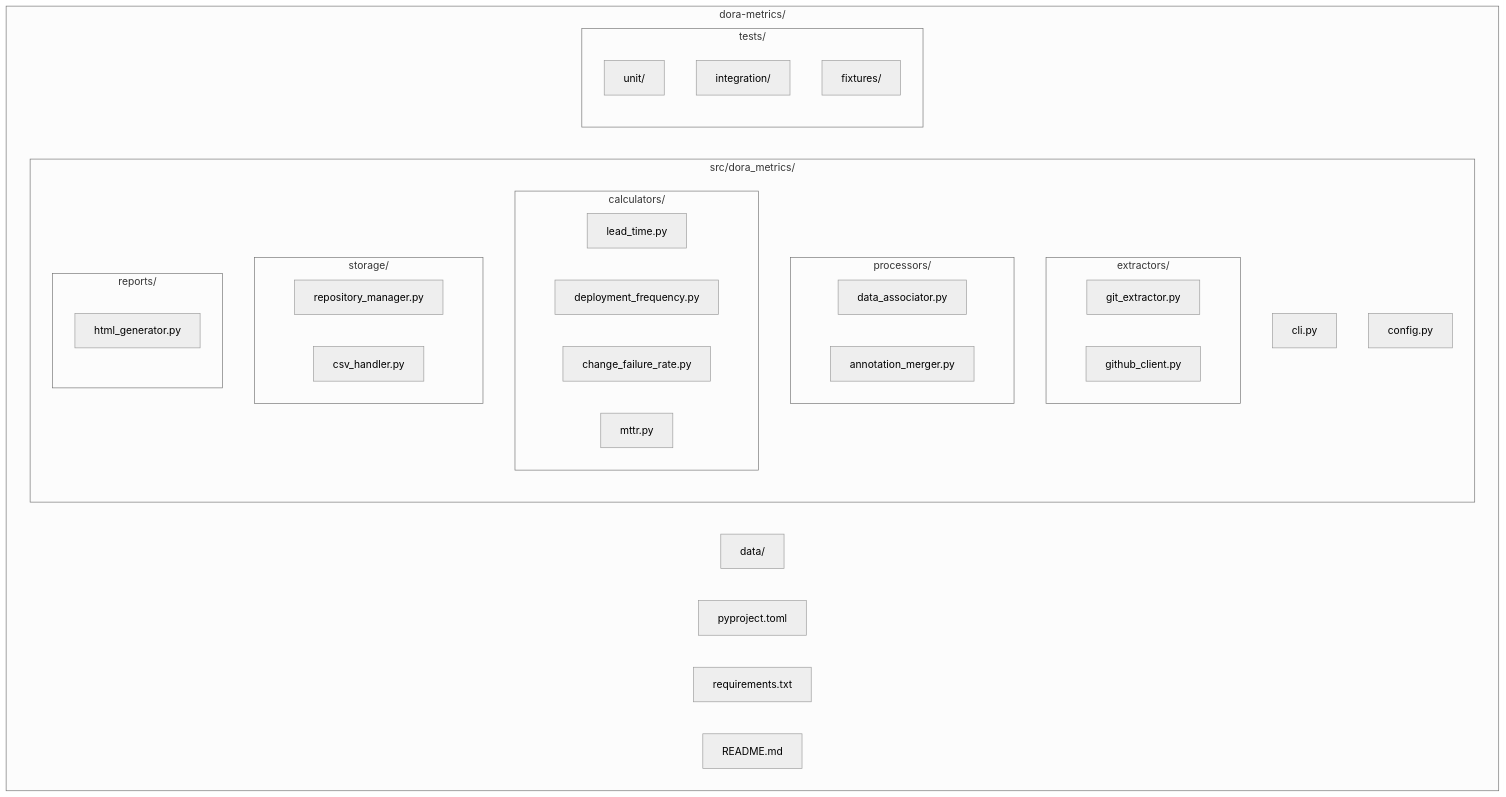
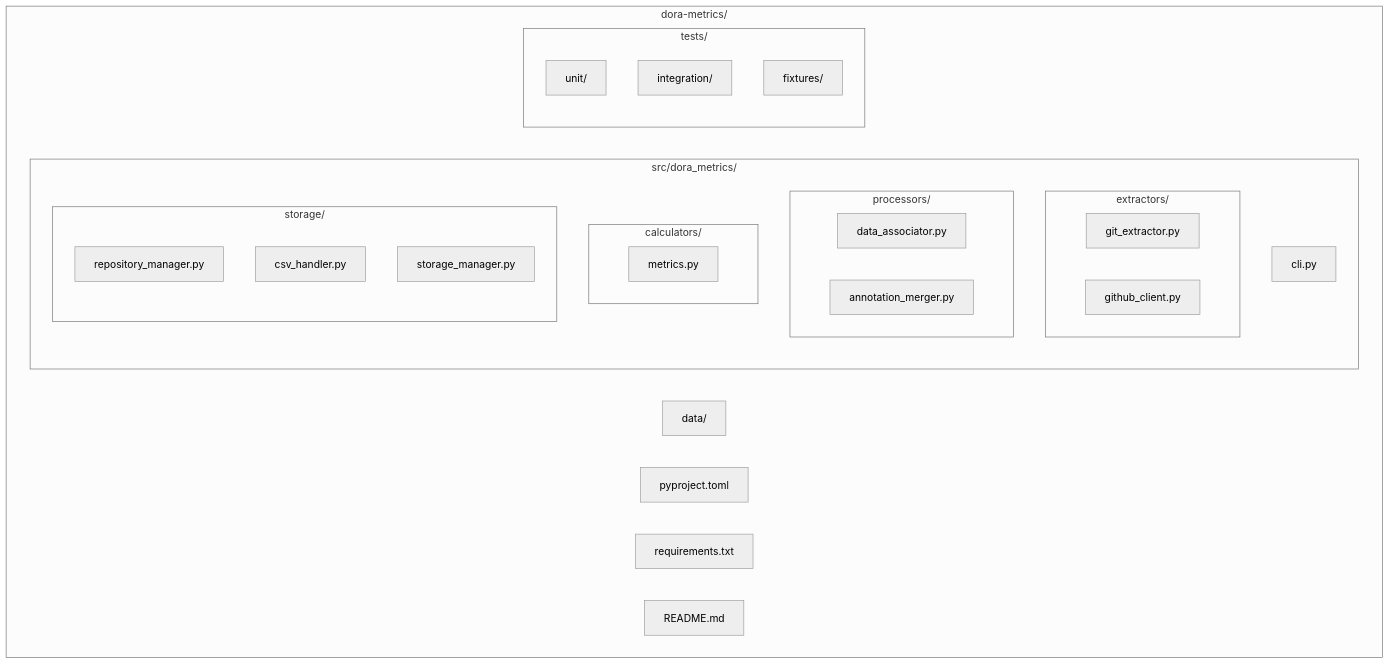
The fourth of 8 diagrams in ARCHITECTURE.md (ephess/dora-metrics-calculator), drawn with Mermaid (neutral theme) before and after one commit. The commit also changed other lines of this file, not shown here.

First line of the commit message:
Update architecture: GraphQL API, simplifications, and S3 storage support

````diff
--- a/ARCHITECTURE.md
+++ b/ARCHITECTURE.md
@@ -222,46 +253,40 @@
 ```mermaid
 graph TD
     subgraph "dora-metrics/"
         subgraph "src/dora_metrics/"
             CLI[cli.py]
-            CFG[config.py]
             
             subgraph "extractors/"
                 GIT[git_extractor.py]
                 GHC[github_client.py]
             end
             
             subgraph "processors/"
                 DAS[data_associator.py]
                 ANN[annotation_merger.py]
             end
             
             subgraph "calculators/"
-                LT[lead_time.py]
-                DF[deployment_frequency.py]
-                CFR[change_failure_rate.py]
-                MTTR[mttr.py]
+                CALC[metrics.py]
             end
             
             subgraph "storage/"
                 REP[repository_manager.py]
                 CSV[csv_handler.py]
+                SM[storage_manager.py]
             end
             
-            subgraph "reports/"
-                HTML[html_generator.py]
-            end
         end
         
         subgraph "tests/"
             UT[unit/]
             IT[integration/]
             FX[fixtures/]
         end
         
         DATA[data/]
         PROJ[pyproject.toml]
         REQ[requirements.txt]
         README[README.md]
     end
 ```
````
